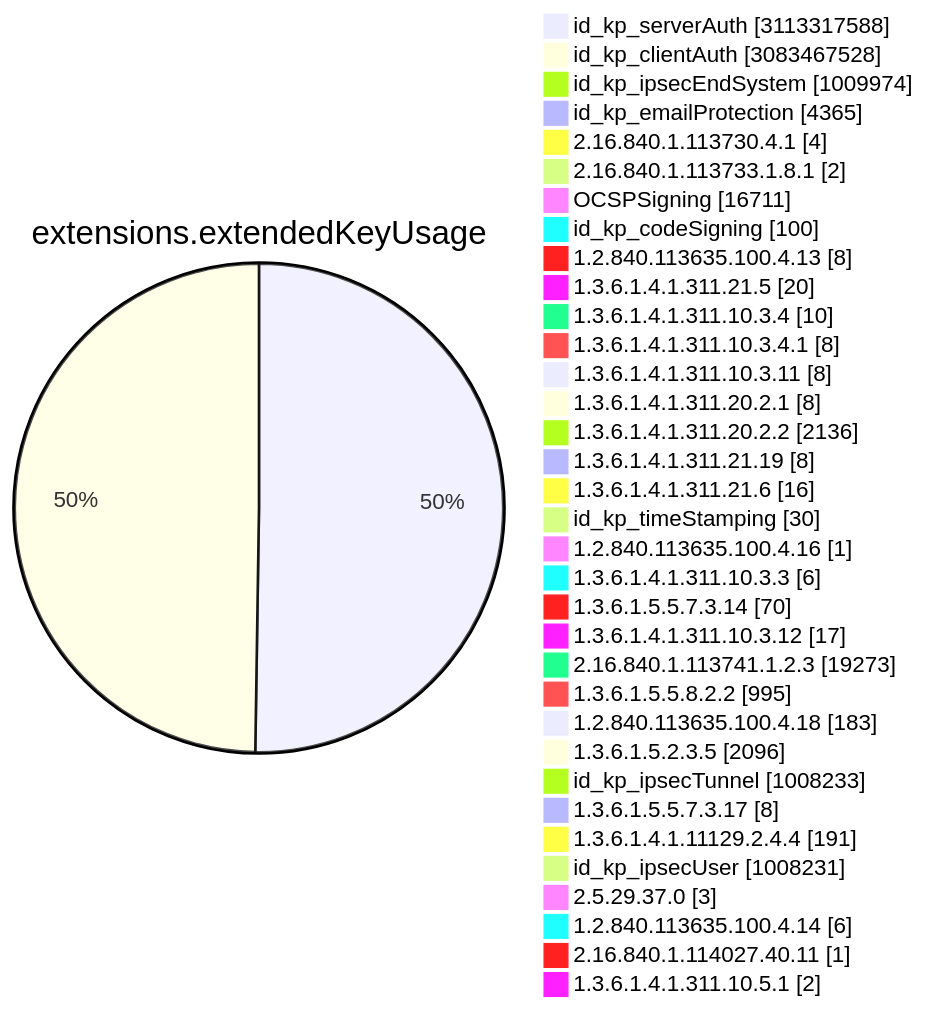
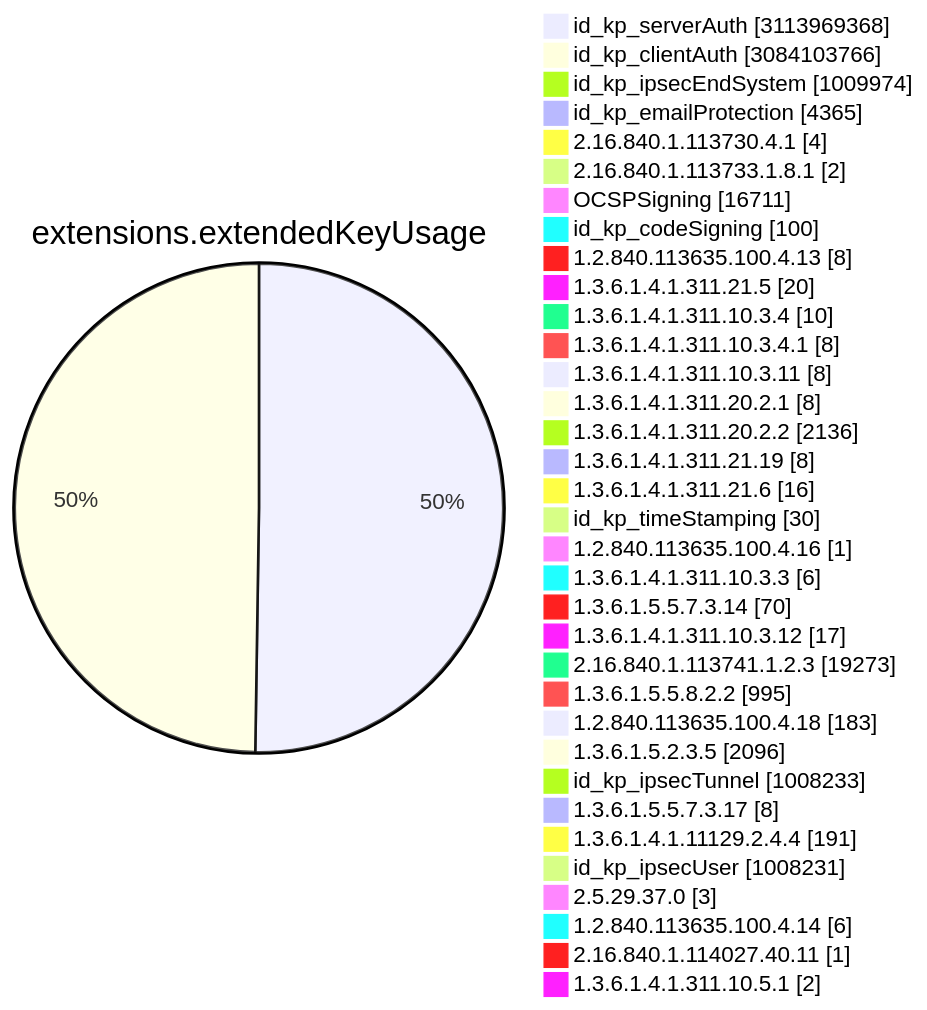
Before and after one commit to christiankrug/ctmonitor_visualization: diagram 11 of 15 in TOTAL/README.md, drawn with Mermaid. The commit also changed other lines of this file, not shown here.

````diff
--- a/TOTAL/README.md
+++ b/TOTAL/README.md
@@ -4117,38 +4117,38 @@
 ```mermaid
 pie showData
 title extensions.extendedKeyUsage
-"id_kp_serverAuth" :3113317588
-"id_kp_clientAuth" :3083467528
+"id_kp_serverAuth" :3113969368
+"id_kp_clientAuth" :3084103766
 "id_kp_ipsecEndSystem" :1009974
 "id_kp_emailProtection" :4365
 "2.16.840.1.113730.4.1" :4
 "2.16.840.1.113733.1.8.1" :2
 "OCSPSigning" :16711
 "id_kp_codeSigning" :100
 "1.2.840.113635.100.4.13" :8
 "1.3.6.1.4.1.311.21.5" :20
 "1.3.6.1.4.1.311.10.3.4" :10
 "1.3.6.1.4.1.311.10.3.4.1" :8
 "1.3.6.1.4.1.311.10.3.11" :8
 "1.3.6.1.4.1.311.20.2.1" :8
 "1.3.6.1.4.1.311.20.2.2" :2136
 "1.3.6.1.4.1.311.21.19" :8
 "1.3.6.1.4.1.311.21.6" :16
 "id_kp_timeStamping" :30
 "1.2.840.113635.100.4.16" :1
 "1.3.6.1.4.1.311.10.3.3" :6
 "1.3.6.1.5.5.7.3.14" :70
 "1.3.6.1.4.1.311.10.3.12" :17
 "2.16.840.1.113741.1.2.3" :19273
 "1.3.6.1.5.5.8.2.2" :995
 "1.2.840.113635.100.4.18" :183
 "1.3.6.1.5.2.3.5" :2096
 "id_kp_ipsecTunnel" :1008233
 "1.3.6.1.5.5.7.3.17" :8
 "1.3.6.1.4.1.11129.2.4.4" :191
 "id_kp_ipsecUser" :1008231
 "2.5.29.37.0" :3
 "1.2.840.113635.100.4.14" :6
 "2.16.840.1.114027.40.11" :1
 "1.3.6.1.4.1.311.10.5.1" :2
 ```
````
